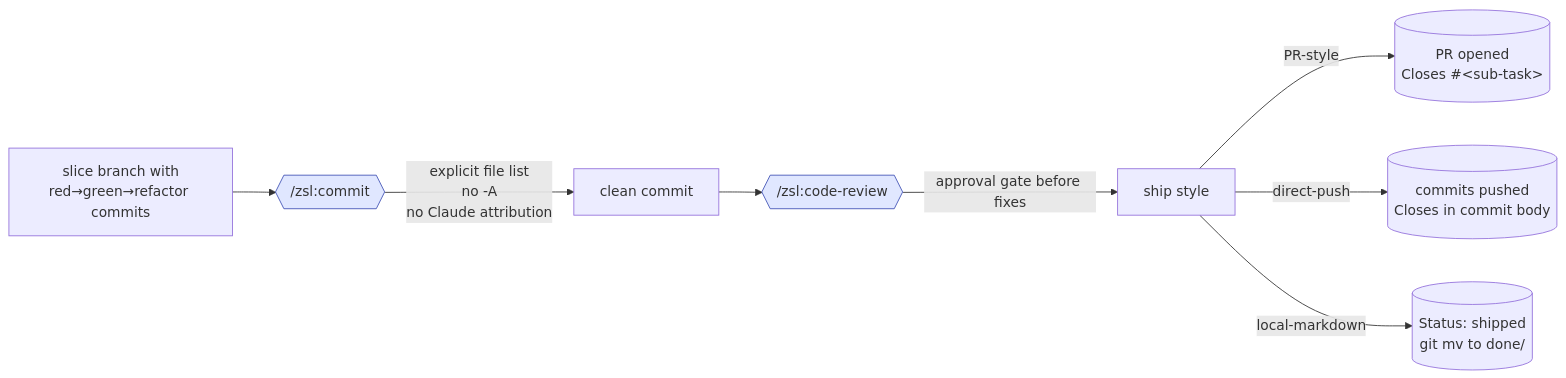
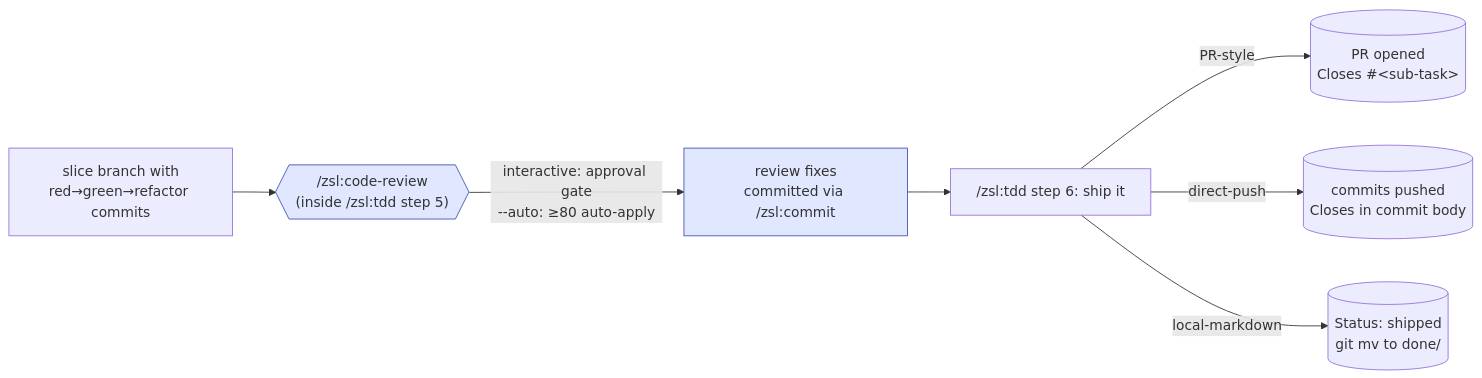
One commit to ZunoSmartLabs/zsl-superpowers changed the sixth of 7 diagrams in docs/concepts/the-loop.md. Above: the diagram before and after it, drawn with Mermaid. The commit also changed other lines of this file and 21 other files, not shown here.

````diff
--- a/docs/concepts/the-loop.md
+++ b/docs/concepts/the-loop.md
@@ -172,13 +182,12 @@
 ```mermaid
 flowchart LR
-    branch["slice branch with<br/>red→green→refactor commits"] --> commit{{"/zsl:commit"}}
-    commit -->|"explicit file list<br/>no -A<br/>no Claude attribution"| committed["clean commit"]
-    committed --> review{{"/zsl:code-review"}}
-    review -->|"approval gate before fixes"| pr_or_push["ship style"]
-    pr_or_push -->|"PR-style"| pr[("PR opened<br/>Closes #&lt;sub-task&gt;")]
-    pr_or_push -->|"direct-push"| push[("commits pushed<br/>Closes in commit body")]
-    pr_or_push -->|"local-markdown"| mv[("Status: shipped<br/>git mv to done/")]
+    branch["slice branch with<br/>red→green→refactor commits"] --> review{{"/zsl:code-review<br/>(inside /zsl:tdd step 5)"}}
+    review -->|"interactive: approval gate<br/>--auto: ≥80 auto-apply"| fixes_commit["review fixes<br/>committed via /zsl:commit"]
+    fixes_commit --> ship["/zsl:tdd step 6: ship it"]
+    ship -->|"PR-style"| pr[("PR opened<br/>Closes #&lt;sub-task&gt;")]
+    ship -->|"direct-push"| push[("commits pushed<br/>Closes in commit body")]
+    ship -->|"local-markdown"| mv[("Status: shipped<br/>git mv to done/")]
 
     classDef skill fill:#e0e7ff,stroke:#3f51b5;
-    class commit,review skill
+    class review,fixes_commit skill
 ```
````
